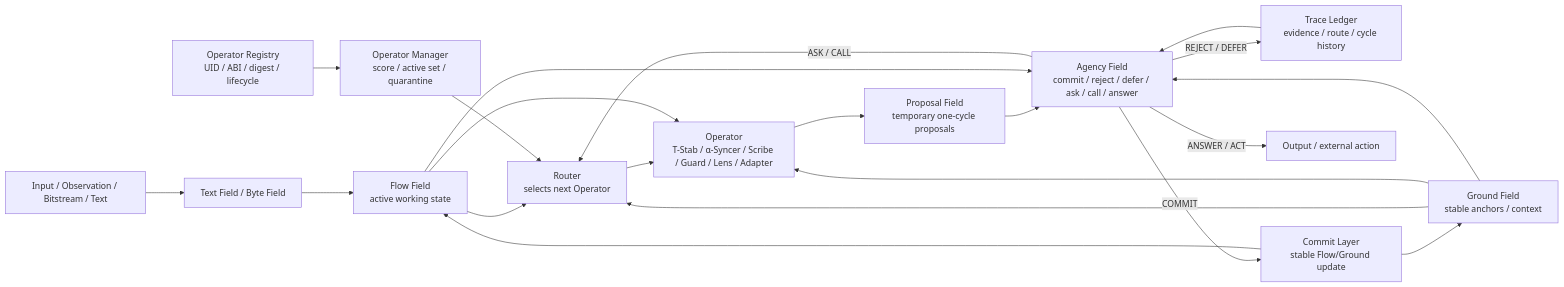
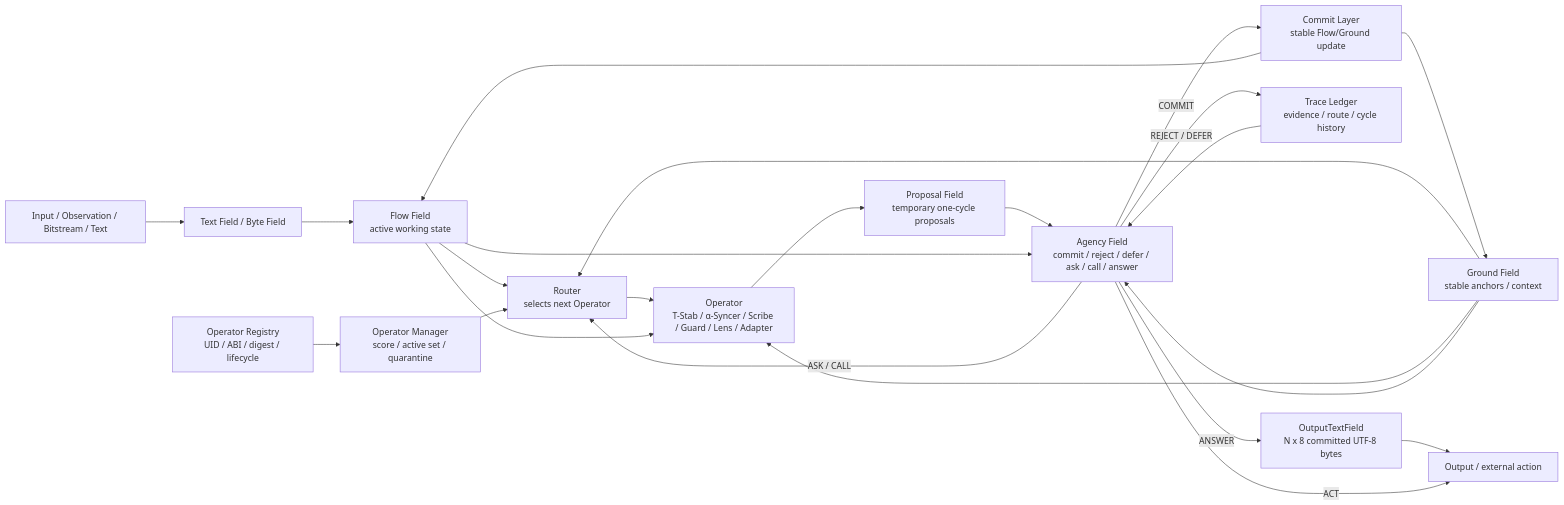
One commit to VRAXION/VRAXION changed the diagram in docs/research/OPERATOR_NAMING_AND_LIBRARY_SCHEMA_LOCK.md. Above: the diagram before and after it, drawn with Mermaid. The commit also changed other lines of this file and 22 other files, not shown here.

Commit message:
Add E136D output text field matrix smoke

````diff
--- a/docs/research/OPERATOR_NAMING_AND_LIBRARY_SCHEMA_LOCK.md
+++ b/docs/research/OPERATOR_NAMING_AND_LIBRARY_SCHEMA_LOCK.md
@@ -86,34 +90,36 @@
 ```mermaid
 flowchart LR
     Input["Input / Observation / Bitstream / Text"]
     TextField["Text Field / Byte Field"]
     Flow["Flow Field\nactive working state"]
     Ground["Ground Field\nstable anchors / context"]
     Registry["Operator Registry\nUID / ABI / digest / lifecycle"]
     Manager["Operator Manager\nscore / active set / quarantine"]
     Router["Router\nselects next Operator"]
     Operator["Operator\nT-Stab / α-Syncer / Scribe / Guard / Lens / Adapter"]
     Proposal["Proposal Field\ntemporary one-cycle proposals"]
     Agency["Agency Field\ncommit / reject / defer / ask / call / answer"]
+    OutputText["OutputTextField\nN x 8 committed UTF-8 bytes"]
     Trace["Trace Ledger\nevidence / route / cycle history"]
     Commit["Commit Layer\nstable Flow/Ground update"]
     Output["Output / external action"]
 
     Input --> TextField --> Flow
     Flow --> Router
     Ground --> Router
     Registry --> Manager --> Router
     Router --> Operator
     Flow --> Operator
     Ground --> Operator
     Operator --> Proposal
     Proposal --> Agency
     Flow --> Agency
     Ground --> Agency
     Trace --> Agency
     Agency -- COMMIT --> Commit --> Flow
     Commit --> Ground
     Agency -- REJECT / DEFER --> Trace
     Agency -- ASK / CALL --> Router
-    Agency -- ANSWER / ACT --> Output
+    Agency -- ANSWER --> OutputText --> Output
+    Agency -- ACT --> Output
 ```
````
